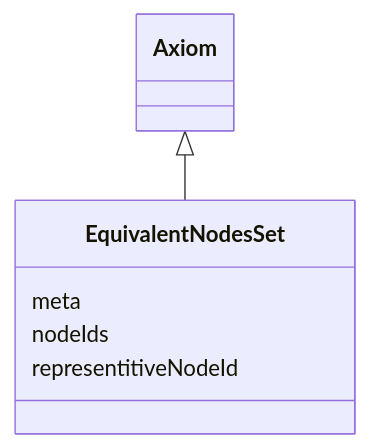
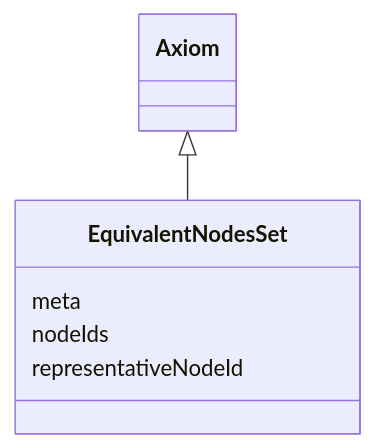
One commit to INCATools/ontology-access-kit changed the diagram in docs/datamodels/obograph/EquivalentNodesSet.md. Above: the diagram before and after it, drawn with Mermaid. The commit also changed other lines of this file and 45 other files, not shown here.

First line of the commit message:
Added allValuesFromEdges to OBO Graph data model.

````diff
--- a/docs/datamodels/obograph/EquivalentNodesSet.md
+++ b/docs/datamodels/obograph/EquivalentNodesSet.md
@@ -11,10 +8,10 @@
 ```{mermaid}
  classDiagram
+    class EquivalentNodesSet
       Axiom <|-- EquivalentNodesSet
       
       EquivalentNodesSet : meta
       EquivalentNodesSet : nodeIds
-      EquivalentNodesSet : representitiveNodeId
+      EquivalentNodesSet : representativeNodeId
       
-
 ```
````
